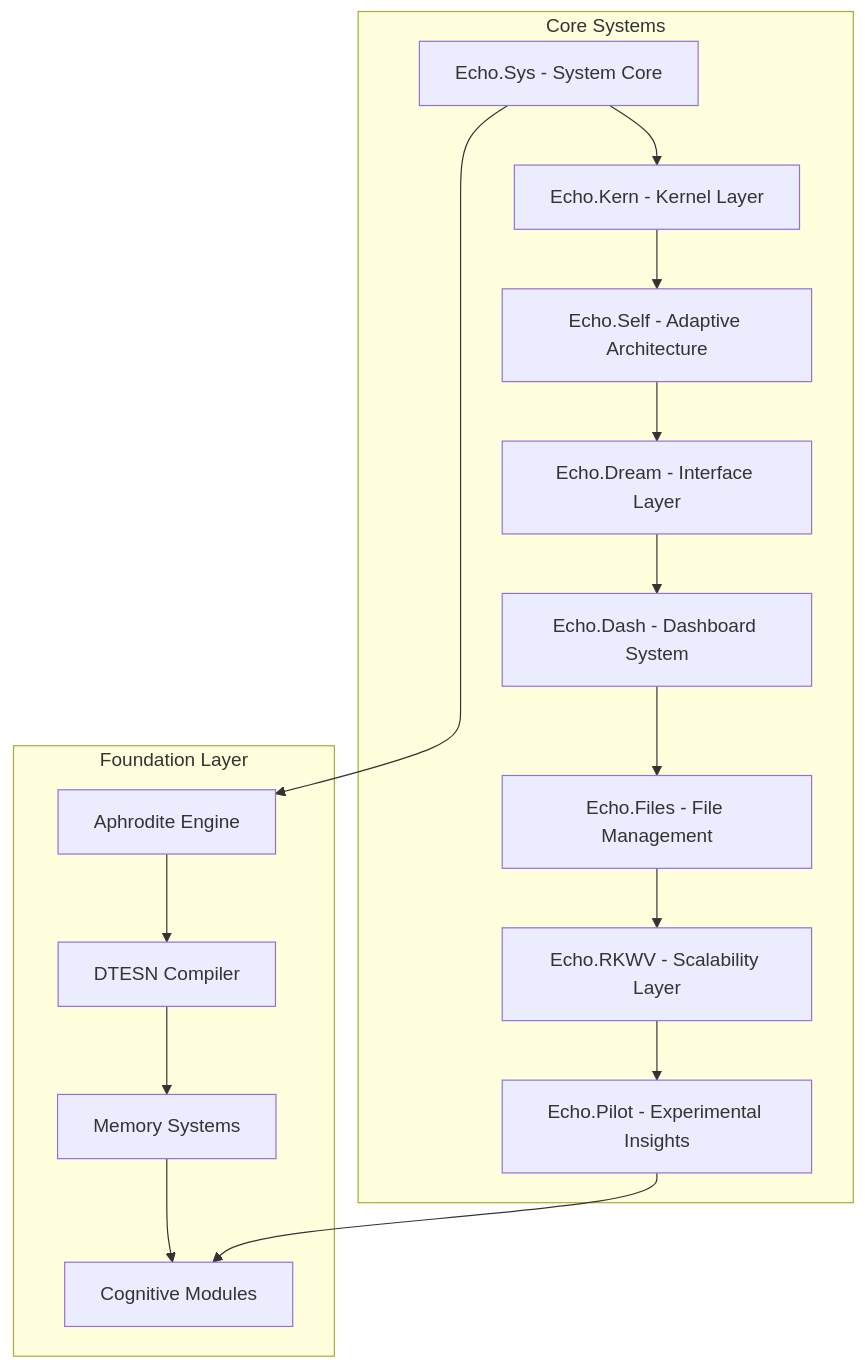
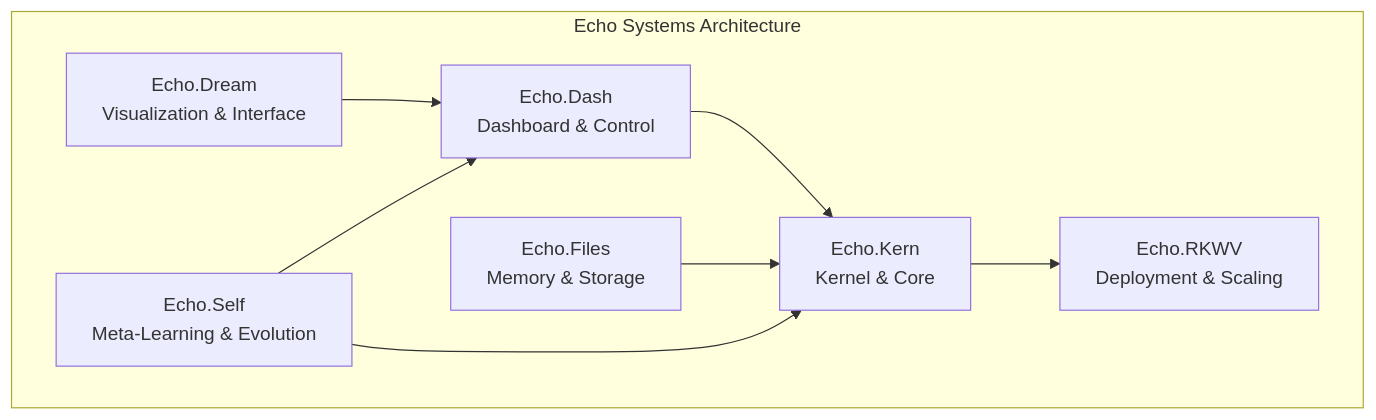
Before and after one commit to EchoCog/aphroditecho: the first of 2 diagrams in wiki/docs/index.md, drawn with Mermaid. The commit also changed other lines of this file and 3 other files, not shown here.

````diff
--- a/wiki/docs/index.md
+++ b/wiki/docs/index.md
@@ -10,21 +10,18 @@
 ```mermaid
 graph TB
-    subgraph "Core Systems"
-        A[Echo.Sys - System Core] --> B[Echo.Kern - Kernel Layer]
-        B --> C[Echo.Self - Adaptive Architecture]
-        C --> D[Echo.Dream - Interface Layer]
-        D --> E[Echo.Dash - Dashboard System]
-        E --> F[Echo.Files - File Management]
-        F --> G[Echo.RKWV - Scalability Layer]
-        G --> H[Echo.Pilot - Experimental Insights]
+    subgraph "Echo Systems Architecture"
+        EchoDash[Echo.Dash<br/>Dashboard & Control]
+        EchoDream[Echo.Dream<br/>Visualization & Interface]
+        EchoFiles[Echo.Files<br/>Memory & Storage]
+        EchoKern[Echo.Kern<br/>Kernel & Core]
+        EchoRKWV[Echo.RKWV<br/>Deployment & Scaling]
+        EchoSelf[Echo.Self<br/>Meta-Learning & Evolution]
     end
-
-    subgraph "Foundation Layer"
-        I[Aphrodite Engine] --> J[DTESN Compiler]
-        J --> K[Memory Systems]
-        K --> L[Cognitive Modules]
-    end
-
-    A --> I
-    H --> L
+    
+    EchoDash --> EchoKern
+    EchoDream --> EchoDash
+    EchoFiles --> EchoKern
+    EchoKern --> EchoRKWV
+    EchoSelf --> EchoDash
+    EchoSelf --> EchoKern
 ```
````
